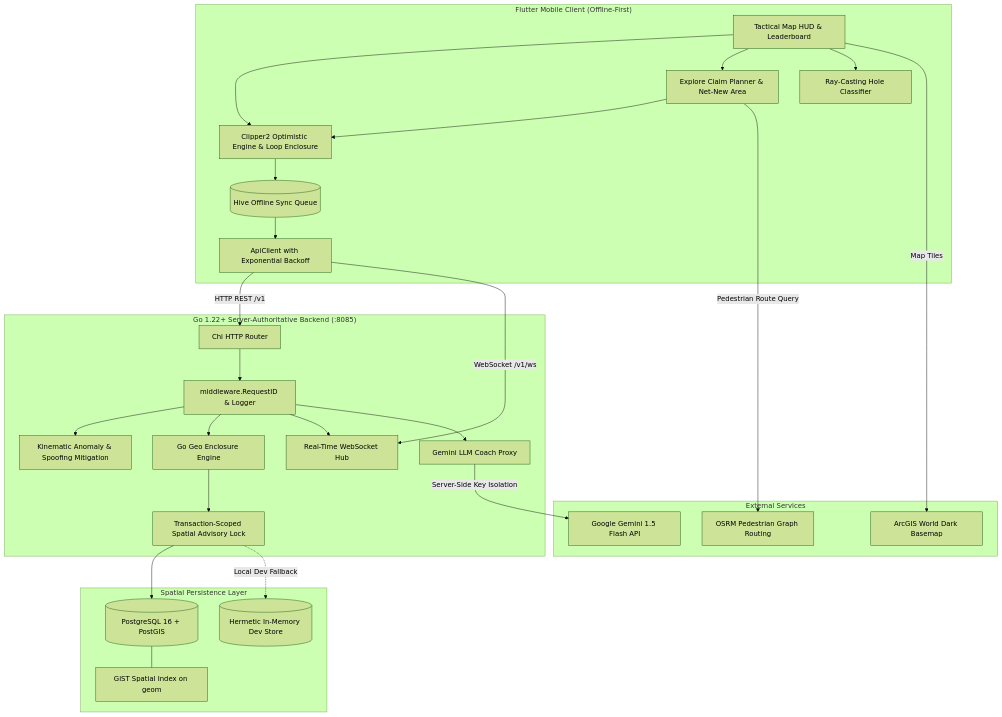
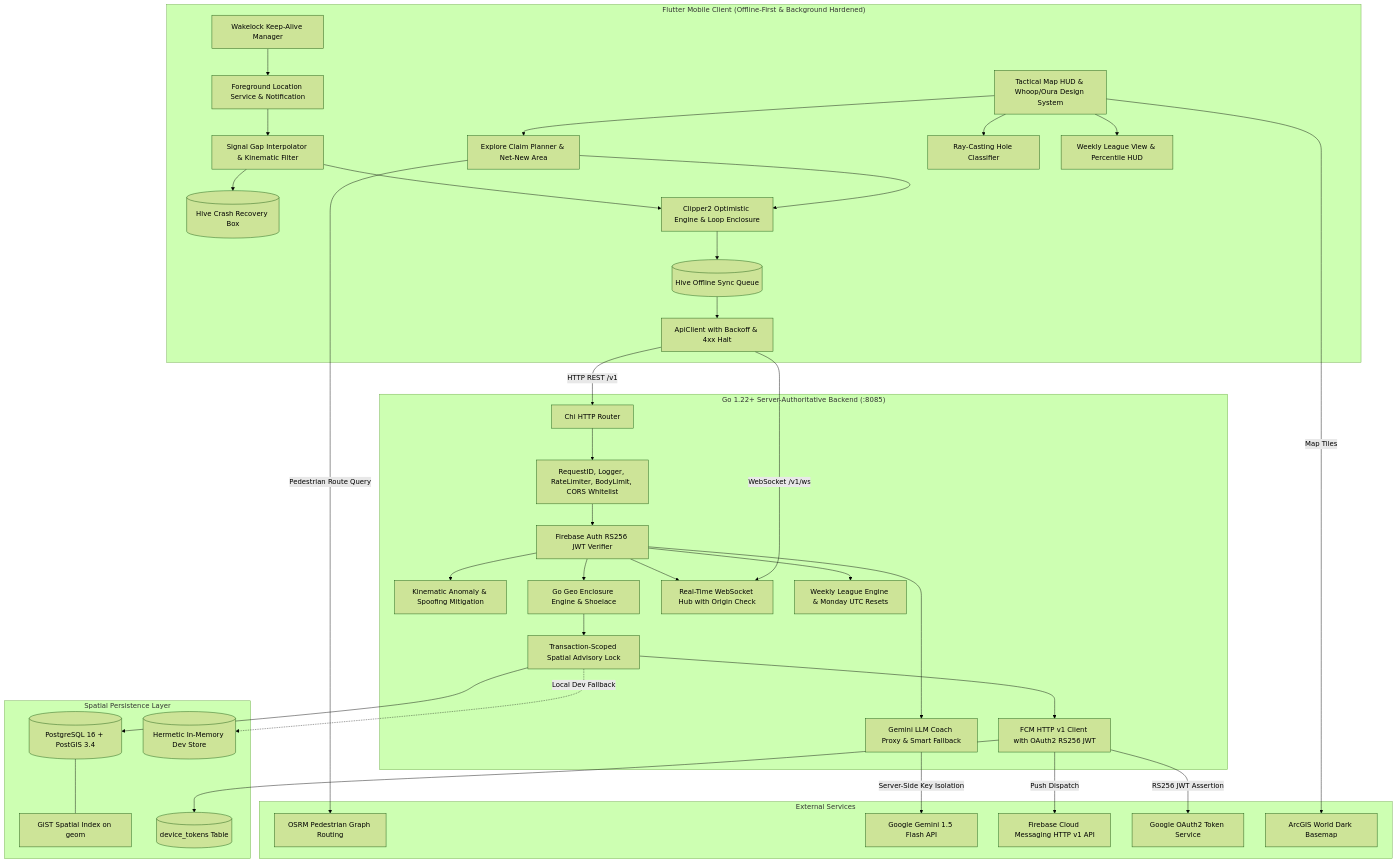
The diagram in README.md (Ayush-00-hui/Territory-Runner-Game), drawn with Mermaid (forest theme) before and after one commit. The commit also changed other lines of this file and 2 other files, not shown here.

Commit message:
feat(docs): honest README, architectural badges, and comprehensive viva examiner defense guide

````diff
--- a/README.md
+++ b/README.md
@@ -70,57 +77,78 @@
 ```mermaid
 graph TD
-    subgraph Client ["Flutter Mobile Client (Offline-First)"]
-        UI[Tactical Map HUD & Leaderboard]
+    subgraph Client ["Flutter Mobile Client (Offline-First & Background Hardened)"]
+        UI[Tactical Map HUD & Whoop/Oura Design System]
+        ForegroundService[Foreground Location Service & Notification]
+        WakeLockMgr[Wakelock Keep-Alive Manager]
+        CrashBox[(Hive Crash Recovery Box)]
+        SignalFilter[Signal Gap Interpolator & Kinematic Filter]
         ClaimPlanner[Explore Claim Planner & Net-New Area]
         LocalEngine[Clipper2 Optimistic Engine & Loop Enclosure]
         HiveQueue[(Hive Offline Sync Queue)]
-        ApiClient[ApiClient with Exponential Backoff]
+        ApiClient[ApiClient with Backoff & 4xx Halt]
         HoleClassifier[Ray-Casting Hole Classifier]
+        LeagueView[Weekly League View & Percentile HUD]
         
-        UI --> LocalEngine
+        ForegroundService --> SignalFilter
+        WakeLockMgr --> ForegroundService
+        SignalFilter --> CrashBox
+        SignalFilter --> LocalEngine
         UI --> ClaimPlanner
         ClaimPlanner --> LocalEngine
         LocalEngine --> HiveQueue
         HiveQueue --> ApiClient
         UI --> HoleClassifier
+        UI --> LeagueView
     end
 
     subgraph Backend ["Go 1.22+ Server-Authoritative Backend (:8085)"]
         ChiRouter[Chi HTTP Router]
-        RequestID[middleware.RequestID & Logger]
+        MiddlewareStack[RequestID, Logger, RateLimiter, BodyLimit, CORS Whitelist]
+        AuthVerifier[Firebase Auth RS256 JWT Verifier]
         AntiCheat[Kinematic Anomaly & Spoofing Mitigation]
-        GoGeoEngine[Go Geo Enclosure Engine]
+        GoGeoEngine[Go Geo Enclosure Engine & Shoelace]
         AdvisoryLock[Transaction-Scoped Spatial Advisory Lock]
-        WSHub[Real-Time WebSocket Hub]
-        CoachProxy[Gemini LLM Coach Proxy]
+        WSHub[Real-Time WebSocket Hub with Origin Check]
+        CoachProxy[Gemini LLM Coach Proxy & Smart Fallback]
+        LeagueEngine[Weekly League Engine & Monday UTC Resets]
+        FCMSender[FCM HTTP v1 Client with OAuth2 RS256 JWT]
 
-        ChiRouter --> RequestID
-        RequestID --> AntiCheat
-        RequestID --> GoGeoEngine
-        RequestID --> WSHub
-        RequestID --> CoachProxy
+        ChiRouter --> MiddlewareStack
+        MiddlewareStack --> AuthVerifier
+        AuthVerifier --> AntiCheat
+        AuthVerifier --> GoGeoEngine
+        AuthVerifier --> WSHub
+        AuthVerifier --> CoachProxy
+        AuthVerifier --> LeagueEngine
         GoGeoEngine --> AdvisoryLock
+        AdvisoryLock --> FCMSender
     end
 
     subgraph Persistence ["Spatial Persistence Layer"]
-        PostGIS[(PostgreSQL 16 + PostGIS)]
+        PostGIS[(PostgreSQL 16 + PostGIS 3.4)]
         GiSTIndex[GiST Spatial Index on geom]
+        DeviceTokens[(device_tokens Table)]
         MemStore[(Hermetic In-Memory Dev Store)]
         
         AdvisoryLock --> PostGIS
         PostGIS --- GiSTIndex
+        FCMSender --> DeviceTokens
         AdvisoryLock -.->|Local Dev Fallback| MemStore
     end
 
     subgraph External ["External Services"]
         OSRM[OSRM Pedestrian Graph Routing]
         Gemini[Google Gemini 1.5 Flash API]
+        FCMService[Firebase Cloud Messaging HTTP v1 API]
+        GoogleOAuth[Google OAuth2 Token Service]
         TileServer[ArcGIS World Dark Basemap]
     end
 
     ApiClient -->|HTTP REST /v1| ChiRouter
     ApiClient -->|WebSocket /v1/ws| WSHub
+    FCMSender -->|RS256 JWT Assertion| GoogleOAuth
+    FCMSender -->|Push Dispatch| FCMService
     ClaimPlanner -->|Pedestrian Route Query| OSRM
     CoachProxy -->|Server-Side Key Isolation| Gemini
     UI -->|Map Tiles| TileServer
 ```
````
